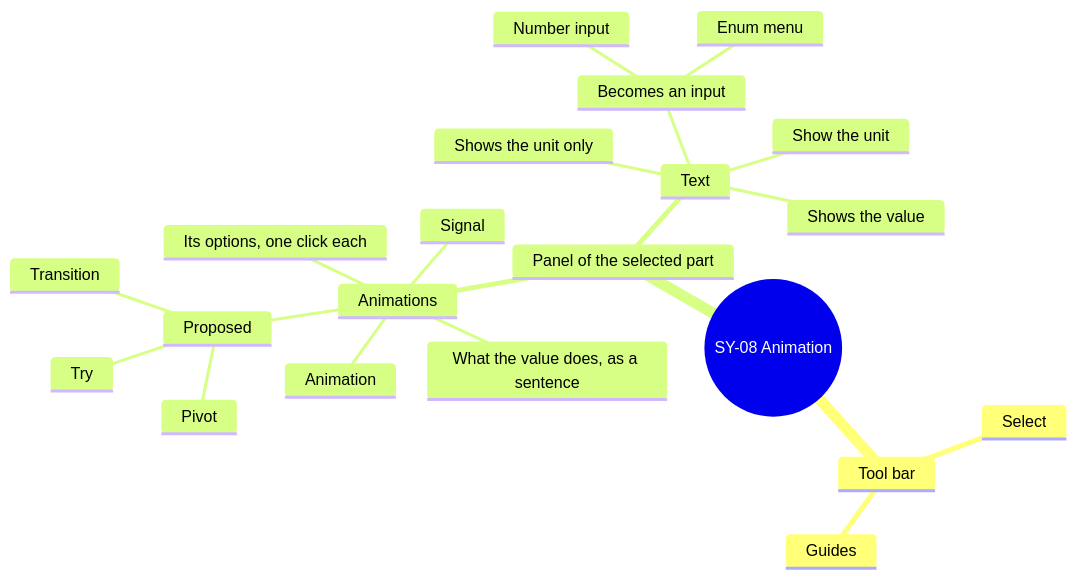
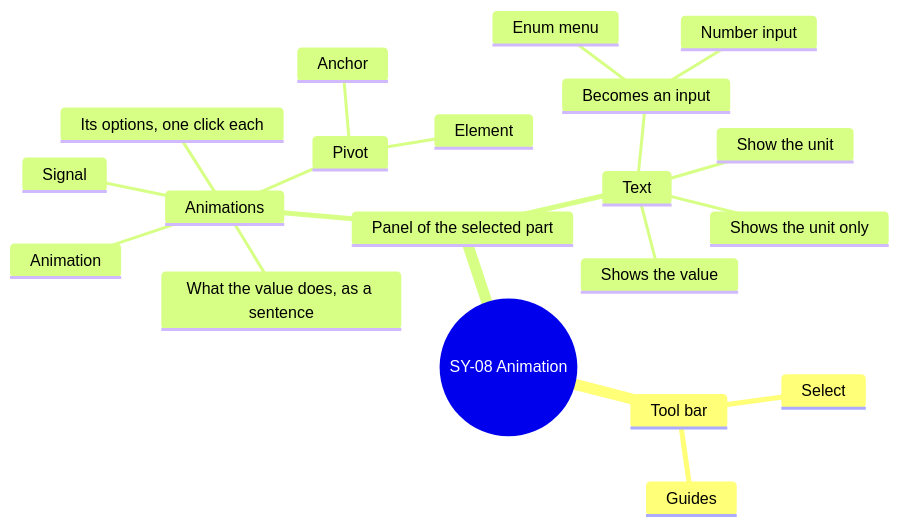
One commit to AlexandreGallais/synoptic-studio-spec changed the tenth of 16 diagrams in screens/symbols.md. Above: the diagram before and after it, drawn with Mermaid. The commit also changed other lines of this file and 3 other files, not shown here.

First line of the commit message:
docs(animation): drop transition, try and move along a path

````diff
--- a/screens/symbols.md
+++ b/screens/symbols.md
@@ -456,24 +456,23 @@
 ```mermaid
 mindmap
   root((SY-08 Animation))
     Tool bar
       Select
       Guides
     Panel of the selected part
       Animations
         Signal
         Animation
         Its options, one click each
         What the value does, as a sentence
-        Proposed
-          Transition
-          Pivot
-          Try
+        Pivot
+          Element
+          Anchor
       Text
         Shows the value
         Shows the unit only
         Show the unit
         Becomes an input
           Number input
           Enum menu
 ```
````
